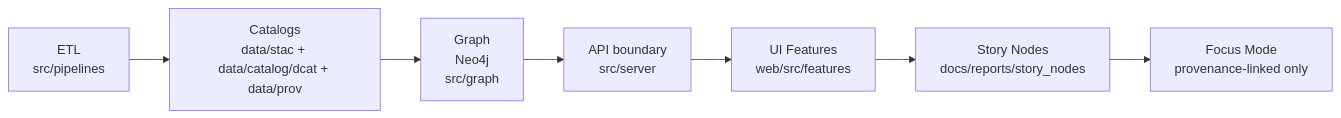
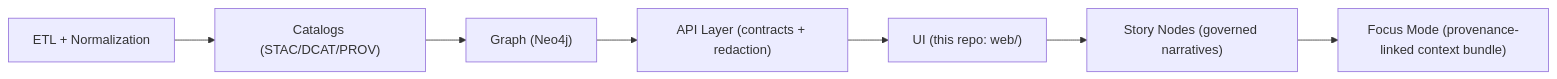
The diagram in web/src/features/README.md (bartytime4life/Kansas-Frontier-Matrix), drawn with Mermaid before and after one commit. The commit also changed other lines of this file, not shown here.

````diff
--- a/web/src/features/README.md
+++ b/web/src/features/README.md
@@ -179,9 +19,9 @@
-~~~mermaid
+```mermaid
 flowchart LR
-  A[ETL<br/>src/pipelines] --> B[Catalogs<br/>data/stac + data/catalog/dcat + data/prov]
-  B --> C[Graph<br/>Neo4j<br/>src/graph]
-  C --> D[API boundary<br/>src/server]
-  D --> E[UI Features<br/>web/src/features]
-  E --> F[Story Nodes<br/>docs/reports/story_nodes]
-  F --> G[Focus Mode<br/>provenance-linked only]
-~~~
+  A["ETL + Normalization"] --> B["Catalogs (STAC/DCAT/PROV)"]
+  B --> C["Graph (Neo4j)"]
+  C --> D["API Layer (contracts + redaction)"]
+  D --> E["UI (this repo: web/)"]
+  E --> F["Story Nodes (governed narratives)"]
+  F --> G["Focus Mode (provenance-linked context bundle)"]
+```
````
